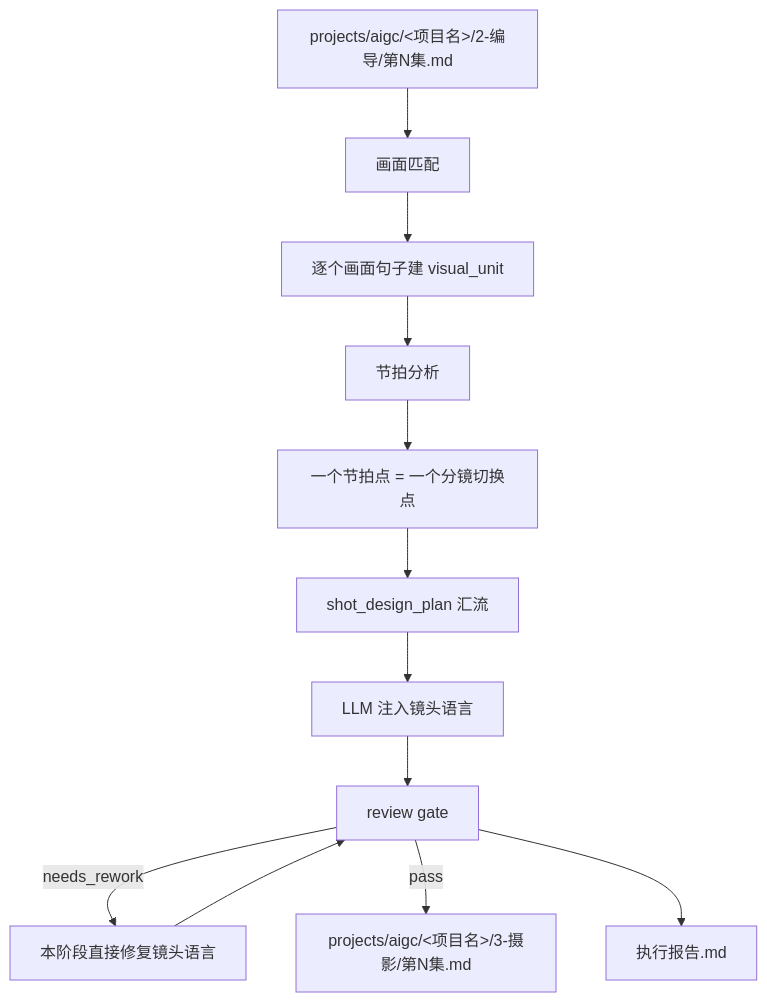
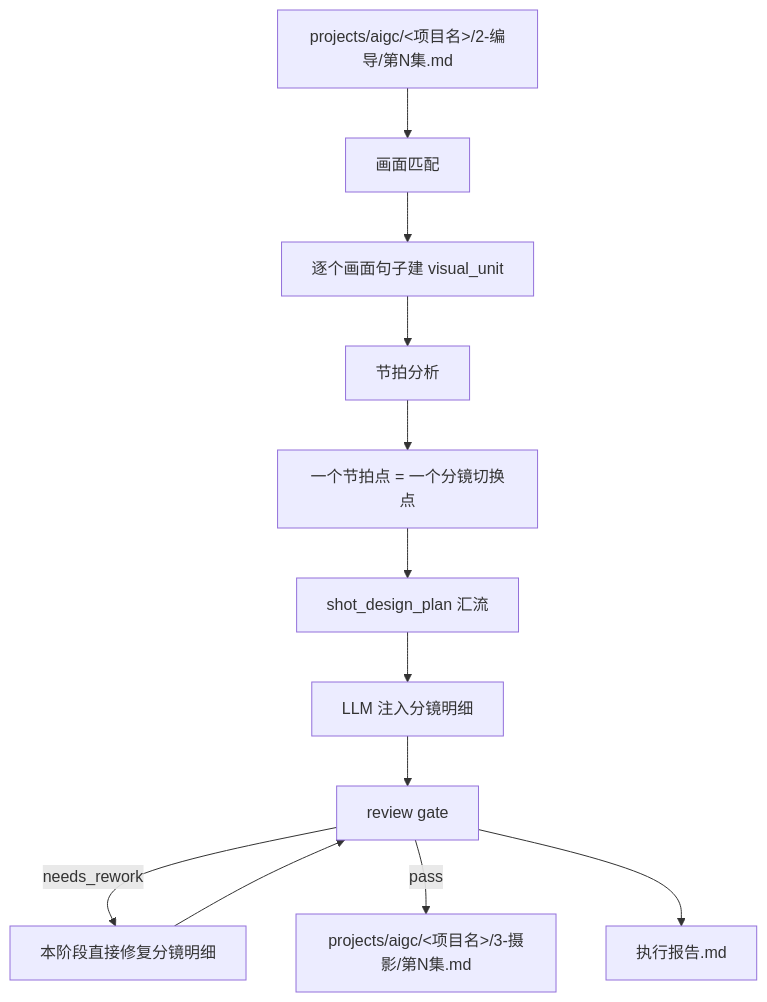
One commit to ZEN-VOID/AI-CUT changed the first of 2 diagrams in .agents/skills/aigc/3-摄影/SKILL.md. Above: the diagram before and after it, drawn with Mermaid. The commit also changed other lines of this file and 173 other files, not shown here.

````diff
--- a/.agents/skills/aigc/3-摄影/SKILL.md
+++ b/.agents/skills/aigc/3-摄影/SKILL.md
@@ -110,14 +113,14 @@
 ```mermaid
 flowchart TD
     A["projects/aigc/<项目名>/2-编导/第N集.md"] --> B["画面匹配"]
     B --> C["逐个画面句子建 visual_unit"]
     C --> D["节拍分析"]
     D --> E["一个节拍点 = 一个分镜切换点"]
     E --> P["shot_design_plan 汇流"]
-    P --> F["LLM 注入镜头语言"]
+    P --> F["LLM 注入分镜明细"]
     F --> G["review gate"]
-    G -->|"needs_rework"| R["本阶段直接修复镜头语言"]
+    G -->|"needs_rework"| R["本阶段直接修复分镜明细"]
     R --> G
     G -->|"pass"| H["projects/aigc/<项目名>/3-摄影/第N集.md"]
     G --> I["执行报告.md"]
 ```
````
